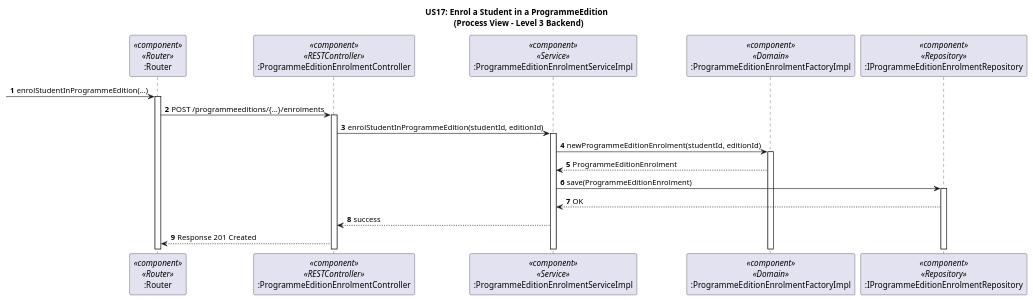
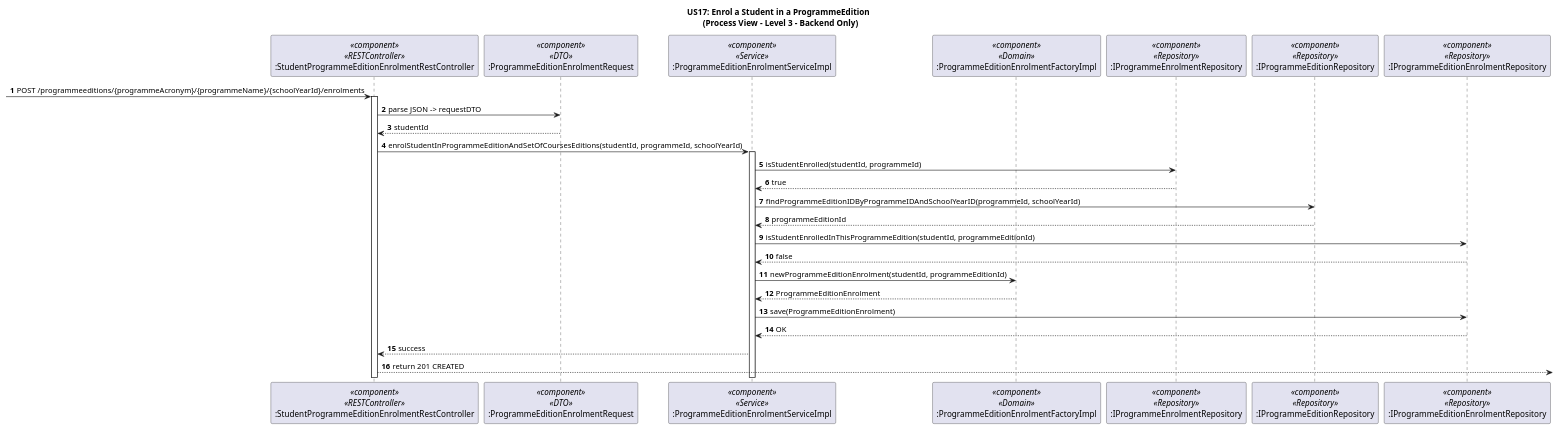
One commit to GasparISEP/DevOps-PAI changed the diagram in docs/US17/Sprint_6_RestAPI/ProcessView/US17_RestAPI_ProcessView_Level3_Backend.puml. Above: the diagram before and after it, drawn with PlantUML.

Commit message:
#500 #587 Update US17_RestAPI_ProcessView_Level3_Backend.puml

```diff
--- a/docs/US17/Sprint_6_RestAPI/ProcessView/US17_RestAPI_ProcessView_Level3_Backend.puml
+++ b/docs/US17/Sprint_6_RestAPI/ProcessView/US17_RestAPI_ProcessView_Level3_Backend.puml
@@ -1,37 +1,45 @@
 @startuml
 
 ' US17 - Backend Granular Flow
 ' Process View - Level 3 Backend
 
 autonumber
 
-title US17: Enrol a Student in a ProgrammeEdition \n (Process View - Level 3 Backend)
+title US17: Enrol a Student in a ProgrammeEdition \n (Process View - Level 3 - Backend Only)
 
-participant ":Router" as router <<component>> <<Router>>
-participant ":ProgrammeEditionEnrolmentController" as restController <<component>> <<RESTController>>
+participant ":StudentProgrammeEditionEnrolmentRestController" as controller <<component>> <<RESTController>>
+participant ":ProgrammeEditionEnrolmentRequest" as requestDTO <<component>> <<DTO>>
 participant ":ProgrammeEditionEnrolmentServiceImpl" as service <<component>> <<Service>>
-participant ":ProgrammeEditionEnrolmentFactoryImpl" as domain <<component>> <<Domain>>
-participant ":IProgrammeEditionEnrolmentRepository" as repository <<component>> <<Repository>>
+participant ":ProgrammeEditionEnrolmentFactoryImpl" as factory <<component>> <<Domain>>
+participant ":IProgrammeEnrolmentRepository" as programmeEnrRepo <<component>> <<Repository>>
+participant ":IProgrammeEditionRepository" as editionRepo <<component>> <<Repository>>
+participant ":IProgrammeEditionEnrolmentRepository" as enrolmentRepo <<component>> <<Repository>>
 
--> router: enrolStudentInProgrammeEdition(...)
-activate router
+-> controller: POST /programmeeditions/{programmeAcronym}/{programmeName}/{schoolYearId}/enrolments
+activate controller
 
-router -> restController: POST /programmeeditions/{...}/enrolments
-activate restController
+controller -> requestDTO: parse JSON -> requestDTO
+requestDTO --> controller: studentId
 
-restController -> service: enrolStudentInProgrammeEdition(studentId, editionId)
+controller -> service: enrolStudentInProgrammeEditionAndSetOfCoursesEditions(studentId, programmeId, schoolYearId)
 activate service
 
-service -> domain: newProgrammeEditionEnrolment(studentId, editionId)
-activate domain
+service -> programmeEnrRepo: isStudentEnrolled(studentId, programmeId)
+programmeEnrRepo --> service: true
 
-domain --> service: ProgrammeEditionEnrolment
+service -> editionRepo: findProgrammeEditionIDByProgrammeIDAndSchoolYearID(programmeId, schoolYearId)
+editionRepo --> service: programmeEditionId
 
-service -> repository: save(ProgrammeEditionEnrolment)
-activate repository
-repository --> service: OK
+service -> enrolmentRepo: isStudentEnrolledInThisProgrammeEdition(studentId, programmeEditionId)
+enrolmentRepo --> service: false
 
-service --> restController: success
-restController --> router: Response 201 Created
+service -> factory: newProgrammeEditionEnrolment(studentId, programmeEditionId)
+factory --> service: ProgrammeEditionEnrolment
+
+service -> enrolmentRepo: save(ProgrammeEditionEnrolment)
+enrolmentRepo --> service: OK
+
+service --> controller: success
+controller --> : return 201 CREATED
 
 @enduml
```
